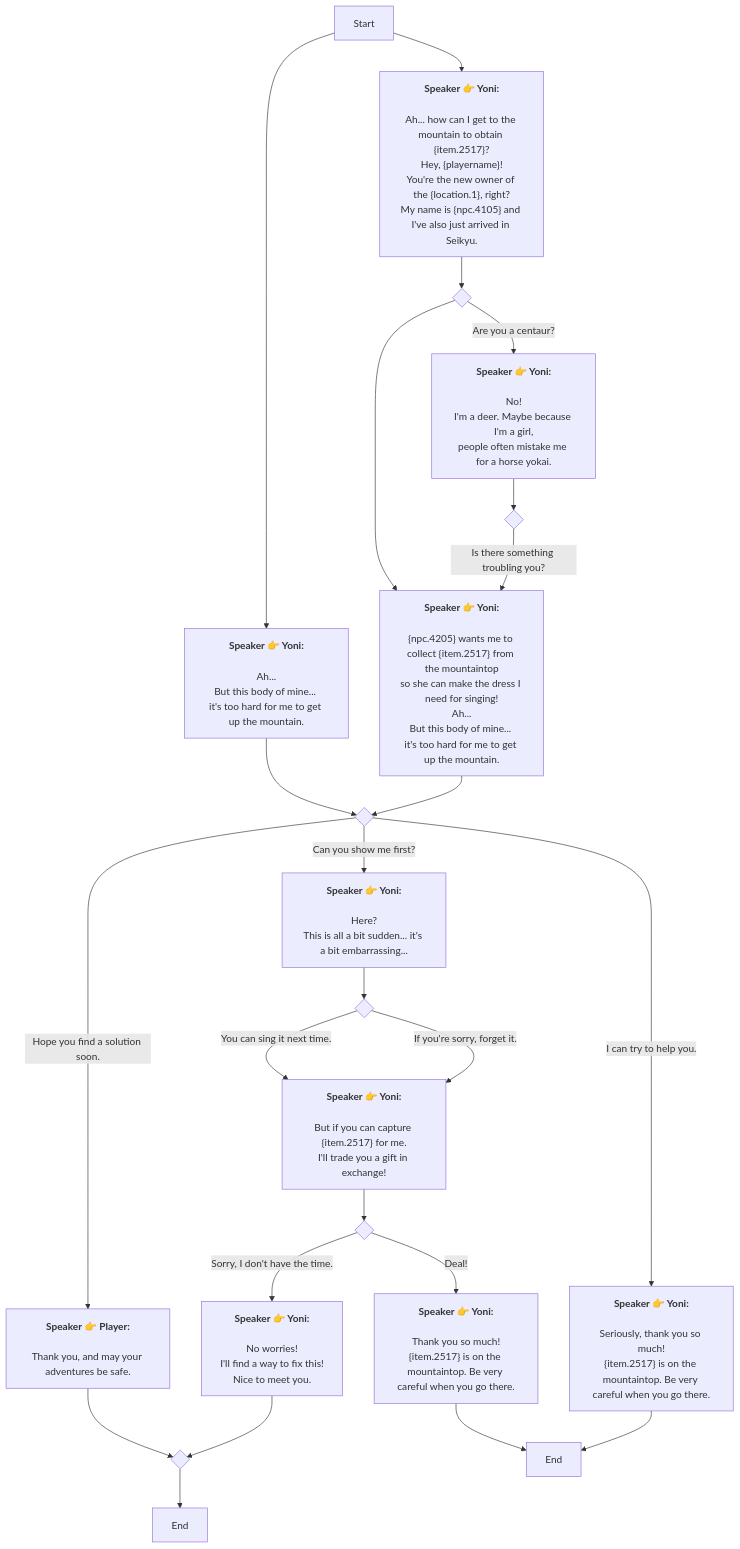
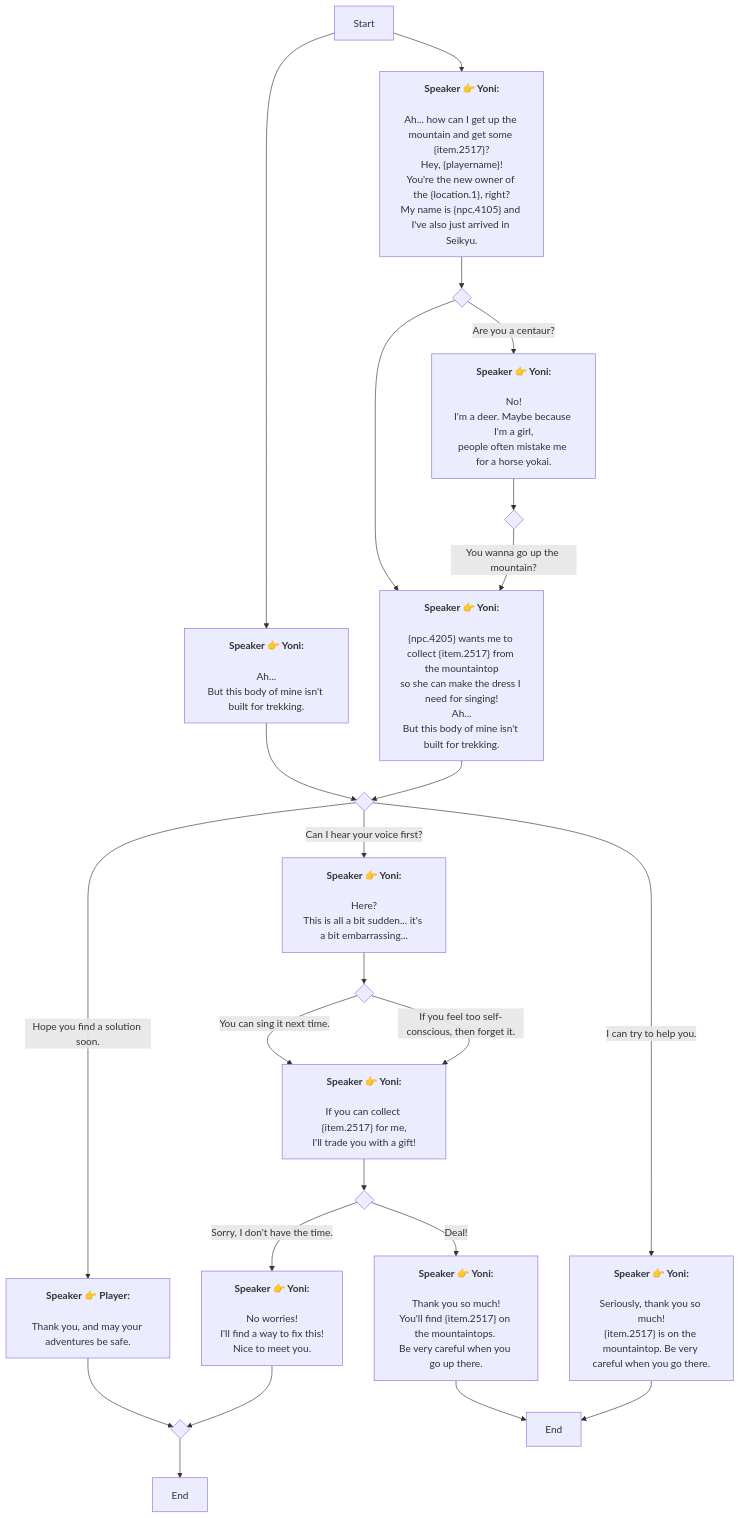
Before and after one commit to SoftHu/tos_avg: the diagram in En/QuestTalkStarterNode_1738285557884075.md, drawn with Mermaid. The commit also changed 312 other files, not shown here.

````diff
--- a/En/QuestTalkStarterNode_1738285557884075.md
+++ b/En/QuestTalkStarterNode_1738285557884075.md
@@ -1,73 +1,71 @@
 ```mermaid
 graph
 Start -->1738287908723935[<b>Speaker 👉 Yoni:</b>
 
 Ah...
-But this body of mine... 
-it's too hard for me to get up the mountain.]
+But this body of mine isn't built for trekking.]
 Start -->1738285999573172[<b>Speaker 👉 Yoni:</b>
 
-Ah... how can I get to the mountain to obtain &lbrace;item.2517&rbrace;?
+Ah... how can I get up the mountain and get some &lbrace;item.2517&rbrace;?
 Hey, &lbrace;playername&rbrace;!
 You're the new owner of the &lbrace;location.1&rbrace;, right?
 My name is &lbrace;npc.4105&rbrace; and I've also just arrived in Seikyu.]
 1738287908723935 -->1738287181983936{ }
 1738287181983936 -->|Hope you find a solution soon.|1738287216834759[<b>Speaker 👉 Player:</b>
 
 Thank you, and may your adventures be safe.]
-1738287181983936 -->|Can you show me first?|1738287283890381[<b>Speaker 👉 Yoni:</b>
+1738287181983936 -->|Can I hear your voice first?|1738287283890381[<b>Speaker 👉 Yoni:</b>
 
 Here?
 This is all a bit sudden... it's a bit embarrassing...]
 1738287181983936 -->|I can try to help you.|1738287397582039[<b>Speaker 👉 Yoni:</b>
 
 Seriously, thank you so much!
 &lbrace;item.2517&rbrace; is on the mountaintop. Be very careful when you go there.]
 1738287216834759 -->1738287721382109{ }
 1738287721382109 -->1738288124658912[End]
 1738287283890381 -->1738287315975374{ }
 1738287315975374 -->|You can sing it next time.|1738287339132115[<b>Speaker 👉 Yoni:</b>
 
-But if you can capture &lbrace;item.2517&rbrace; for me.
-I'll trade you a gift in exchange!]
-1738287315975374 -->|If you're sorry, forget it.|1738287339132115[<b>Speaker 👉 Yoni:</b>
+If you can collect &lbrace;item.2517&rbrace; for me,
+I'll trade you with a gift!]
+1738287315975374 -->|If you feel too self-conscious, then forget it.|1738287339132115[<b>Speaker 👉 Yoni:</b>
 
-But if you can capture &lbrace;item.2517&rbrace; for me.
-I'll trade you a gift in exchange!]
+If you can collect &lbrace;item.2517&rbrace; for me,
+I'll trade you with a gift!]
 1738287339132115 -->1738287369583828{ }
 1738287369583828 -->|Deal!|1738287491991770[<b>Speaker 👉 Yoni:</b>
 
 Thank you so much!
-&lbrace;item.2517&rbrace; is on the mountaintop. Be very careful when you go there.]
+You'll find &lbrace;item.2517&rbrace; on the mountaintops. 
+Be very careful when you go up there.]
 1738287369583828 -->|Sorry, I don't have the time.|1738287685928156[<b>Speaker 👉 Yoni:</b>
 
 No worries!
 I'll find a way to fix this!
 Nice to meet you.]
 1738287491991770 -->1738287669031131[End]
 1738287685928156 -->1738287721382109{ }
 1738287397582039 -->1738287669031131[End]
 1738285999573172 -->1738286318511285{ }
 1738286318511285 -->|Are you a centaur?|1738286345339066[<b>Speaker 👉 Yoni:</b>
 
 No!
 I'm a deer. Maybe because I'm a girl,
 people often mistake me for a horse yokai.]
 1738286318511285 -->1738286492721339[<b>Speaker 👉 Yoni:</b>
 
 &lbrace;npc.4205&rbrace; wants me to collect &lbrace;item.2517&rbrace; from the mountaintop
 so she can make the dress I need for singing!
 Ah...
-But this body of mine... 
-it's too hard for me to get up the mountain.]
+But this body of mine isn't built for trekking.]
 1738286345339066 -->1738287256420556{ }
-1738287256420556 -->|Is there something troubling you?|1738286492721339[<b>Speaker 👉 Yoni:</b>
+1738287256420556 -->|You wanna go up the mountain?|1738286492721339[<b>Speaker 👉 Yoni:</b>
 
 &lbrace;npc.4205&rbrace; wants me to collect &lbrace;item.2517&rbrace; from the mountaintop
 so she can make the dress I need for singing!
 Ah...
-But this body of mine... 
-it's too hard for me to get up the mountain.]
+But this body of mine isn't built for trekking.]
 1738286492721339 -->1738287181983936{ }
 
  ```
````
